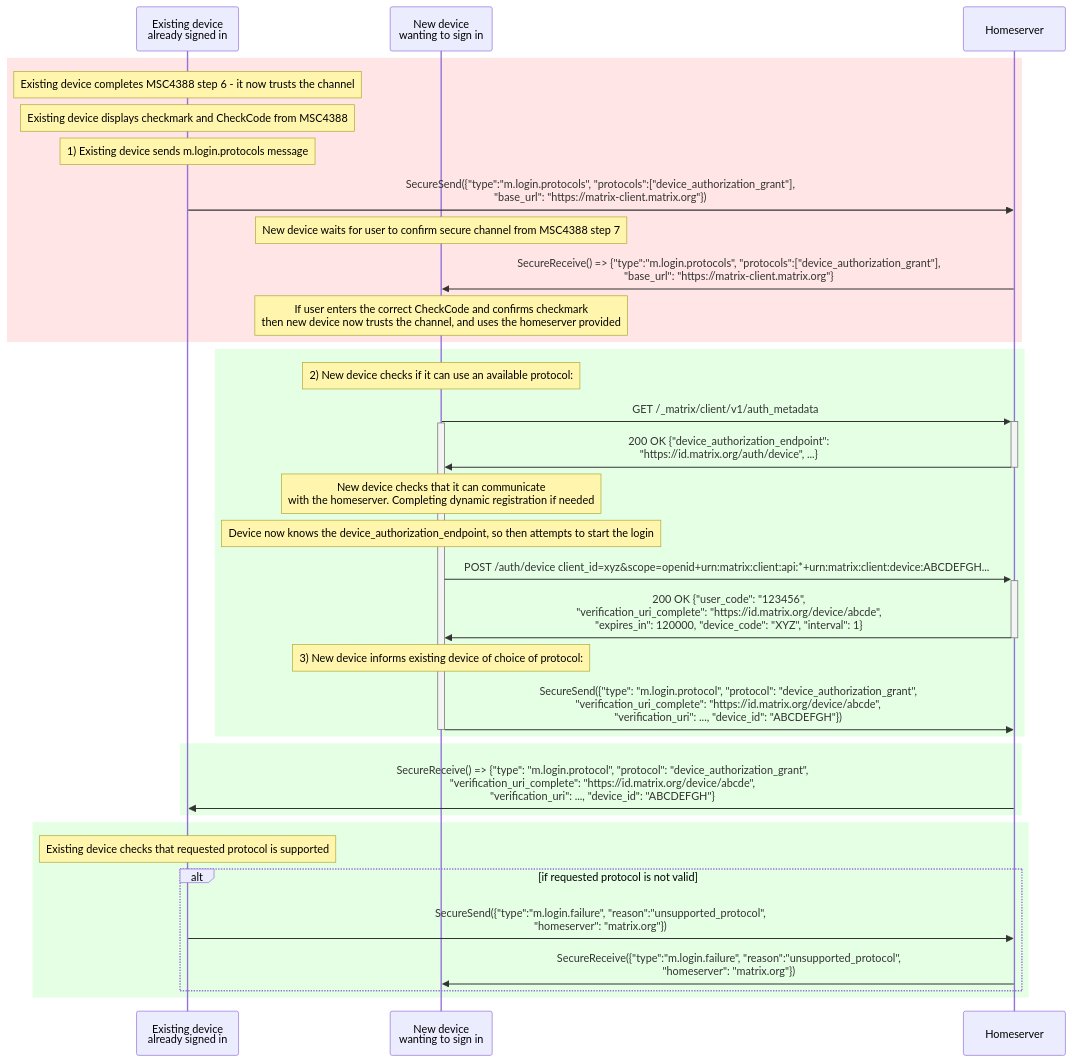
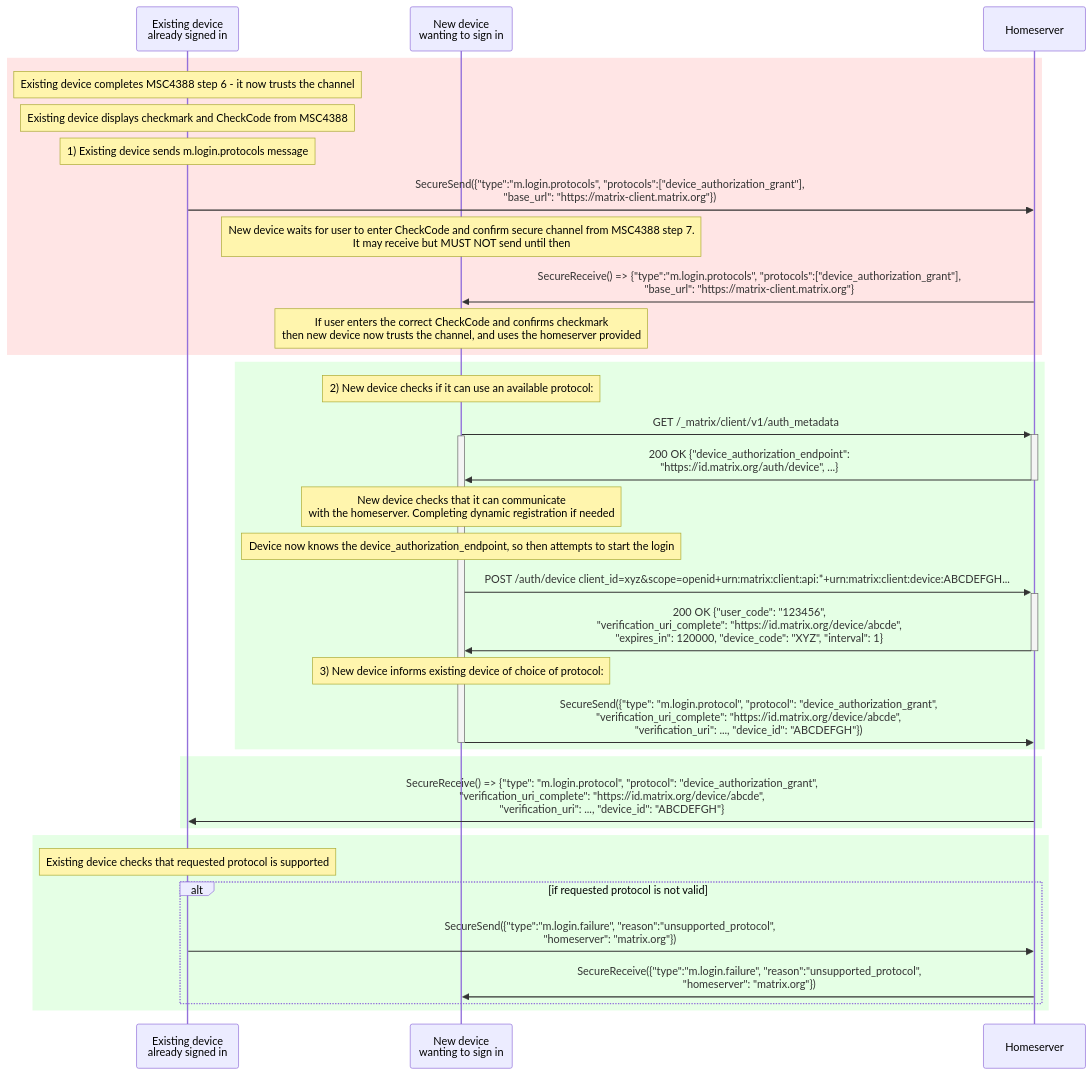
The third of 5 diagrams in proposals/4108-oidc-qr-login.md (matrix-org/matrix-spec-proposals), drawn with Mermaid before and after one commit. The commit also changed other lines of this file, not shown here.

First line of the commit message:
Clarify when each device may send relative to MSC4388 step 7

````diff
--- a/proposals/4108-oidc-qr-login.md
+++ b/proposals/4108-oidc-qr-login.md
@@ -352,57 +358,57 @@
 ```mermaid
 sequenceDiagram
     participant E as Existing device <br>already signed in
     participant N as New device <br>wanting to sign in
     participant HS as Homeserver
 
 
     #alt if New device scanned QR code
     #    note over N: New device completes checks from MSC4388 secure channel establishment step 6 - it now trusts the channel
     #    note over N: New device displays checkmark and CheckCode from MSC4388
     #    note over E: Existing device waits for user to enter CheckCode<br>and confirm secure channel from MSC4388 step 7
     #    note over E: If user entered correct CheckCode<br>and confirms checkmark then existing device now trusts the channel
     #    note over E: 1) Existing device sends m.login.protocols message
     #    E->>HS: SecureSend({"type":"m.login.protocols", "protocols":["device_authorization_grant"],<br> "base_url": "https://matrix-client.matrix.org"})
     #    HS->>N: SecureReceive() => {"type":"m.login.protocols", "protocols":["device_authorization_grant"],<br> "base_url": "https://matrix-client.matrix.org"}
     #    note over N: New device uses the base_url from the message for the login
 
     rect rgba(255,0,0, 0.1)
     #else if Existing device scanned QR code
         note over E: Existing device completes MSC4388 step 6 - it now trusts the channel
         note over E: Existing device displays checkmark and CheckCode from MSC4388
         note over E: 1) Existing device sends m.login.protocols message
         E->>HS: SecureSend({"type":"m.login.protocols", "protocols":["device_authorization_grant"],<br> "base_url": "https://matrix-client.matrix.org"})
-        note over N: New device waits for user to confirm secure channel from MSC4388 step 7
+        note over N: New device waits for user to enter CheckCode and confirm secure channel from MSC4388 step 7.<br>It may receive but MUST NOT send until then
         HS->>N: SecureReceive() => {"type":"m.login.protocols", "protocols":["device_authorization_grant"],<br> "base_url": "https://matrix-client.matrix.org"}
         note over N: If user enters the correct CheckCode and confirms checkmark<br>then new device now trusts the channel, and uses the homeserver provided
     end
 
 
     rect rgba(0,255,0, 0.1)
     note over N: 2) New device checks if it can use an available protocol:
         N->>+HS: GET /_matrix/client/v1/auth_metadata
     activate N
         HS->>-N: 200 OK {"device_authorization_endpoint":<br> "https://id.matrix.org/auth/device", ...}
         Note over N: New device checks that it can communicate<br> with the homeserver. Completing dynamic registration if needed
         Note over N: Device now knows the device_authorization_endpoint, so then attempts to start the login
         N->>+HS: POST /auth/device client_id=xyz&scope=openid+urn:matrix:client:api:*+urn:matrix:client:device:ABCDEFGH...
         HS->>-N: 200 OK {"user_code": "123456",<br>"verification_uri_complete": "https://id.matrix.org/device/abcde",<br>"expires_in": 120000, "device_code": "XYZ", "interval": 1}
         note over N: 3) New device informs existing device of choice of protocol:
         N->>HS: SecureSend({"type": "m.login.protocol", "protocol": "device_authorization_grant",<br>"verification_uri_complete": "https://id.matrix.org/device/abcde",<br>"verification_uri": ..., "device_id": "ABCDEFGH"})
 
     deactivate N
     end
 
     rect rgba(0,255,0, 0.1)
         HS->>E: SecureReceive() => {"type": "m.login.protocol", "protocol": "device_authorization_grant",<br>"verification_uri_complete": "https://id.matrix.org/device/abcde",<br>"verification_uri": ..., "device_id": "ABCDEFGH"}
     end
 
     rect rgba(0,255,0, 0.1)
     note over E: Existing device checks that requested protocol is supported
 
     alt if requested protocol is not valid
         E->>HS: SecureSend({"type":"m.login.failure", "reason":"unsupported_protocol",<br>"homeserver": "matrix.org"})
         HS->>N: SecureReceive({"type":"m.login.failure", "reason":"unsupported_protocol",<br>"homeserver": "matrix.org"})
     end
     end
 ```
````
